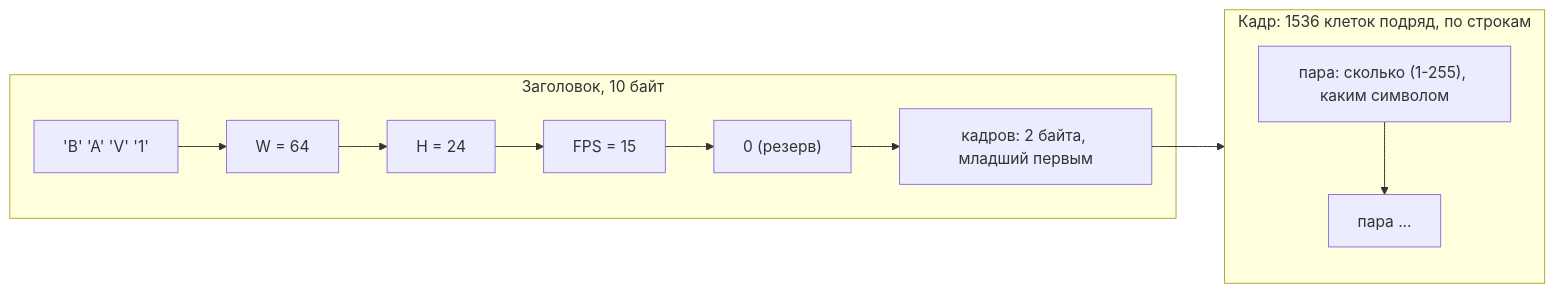
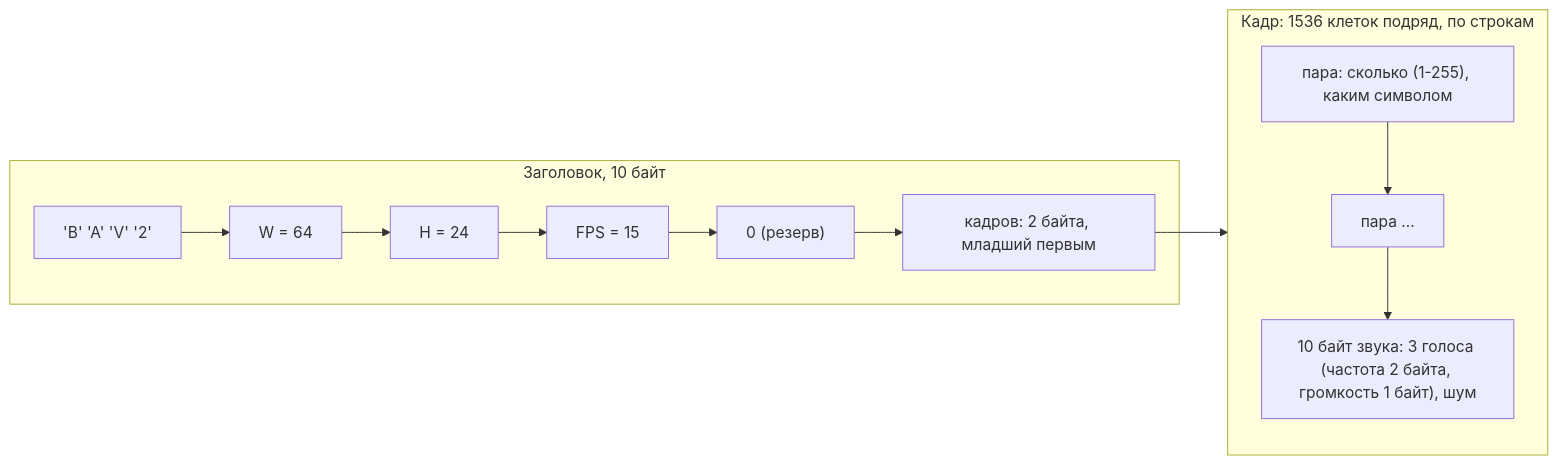
Before and after one commit to loki5512344ss/SummumOS: diagram 14 of 15 in чертежи.md, drawn with Mermaid. The commit also changed other lines of this file and 5 other files, not shown here.

````diff
--- a/чертежи.md
+++ b/чертежи.md
@@ -309,18 +310,19 @@
 ```mermaid
 graph LR
     subgraph head["Заголовок, 10 байт"]
-        h0["'B' 'A' 'V' '1'"]
+        h0["'B' 'A' 'V' '2'"]
         h1["W = 64"]
         h2["H = 24"]
         h3["FPS = 15"]
         h4["0 (резерв)"]
         h5["кадров: 2 байта, младший первым"]
         h0 --> h1 --> h2 --> h3 --> h4 --> h5
     end
     subgraph frame["Кадр: 1536 клеток подряд, по строкам"]
         r0["пара: сколько (1-255), каким символом"]
         r1["пара ..."]
-        r0 --> r1
+        r2["10 байт звука: 3 голоса (частота 2 байта, громкость 1 байт), шум"]
+        r0 --> r1 --> r2
     end
     h5 --> frame
 ```
````
